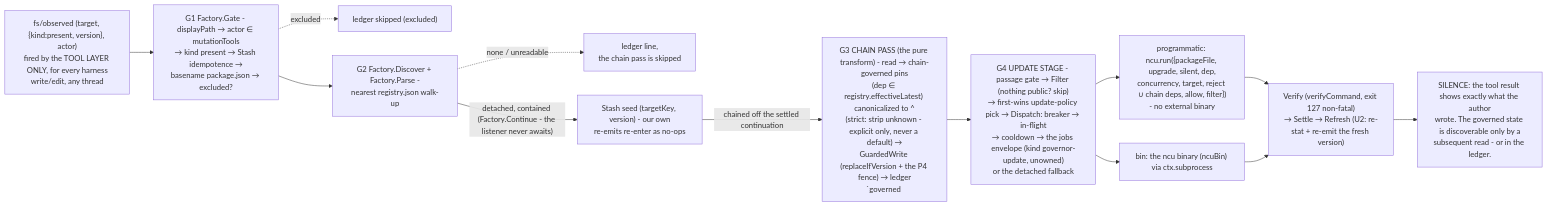
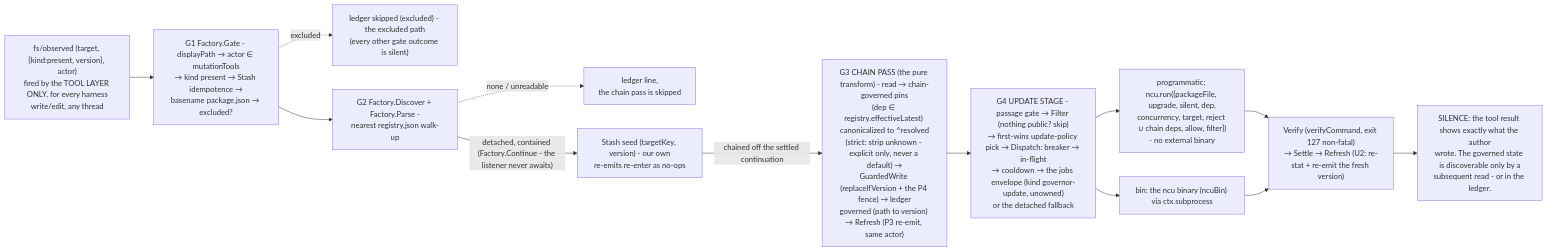
One commit to PlayForm/Site-DeepSeek changed the diagram in Source/Content/Mermaid/govpkg-pipeline.mmd. Above: the diagram before and after it, drawn with Mermaid. The commit also changed 35 other files, not shown here.

```diff
--- a/Source/Content/Mermaid/govpkg-pipeline.mmd
+++ b/Source/Content/Mermaid/govpkg-pipeline.mmd
@@ -1,25 +1,25 @@
 flowchart LR
 	TRIGGER["fs/observed (target, {kind:present, version}, actor)<br/>fired by the TOOL LAYER ONLY, for every harness<br/>write/edit, any thread"]
 	G1["G1 Factory.Gate - displayPath → actor ∈ mutationTools<br/>→ kind present → Stash idempotence →<br/>basename package.json → excluded?"]
-	SKIP["ledger skipped (excluded) <path><br/>(every other gate outcome is silent)"]
+	SKIP["ledger skipped (excluded) - the excluded path<br/>(every other gate outcome is silent)"]
 	G2["G2 Factory.Discover + Factory.Parse -<br/>nearest registry.json walk-up"]
 	SKIP2["ledger line,<br/>the chain pass is skipped"]
 	SEED["Stash seed (targetKey, version) - our own<br/>re-emits re-enter as no-ops"]
-	G3["G3 CHAIN PASS (the pure transform) - read → chain-governed pins<br/>(dep ∈ registry.effectiveLatest) canonicalized to ^<resolved><br/>(strict: strip unknown - explicit only, never a default) →<br/>GuardedWrite (replaceIfVersion + the P4 fence) → ledger<br/>`governed <path> → <version>` → Refresh (P3 re-emit, same actor)"]
+	G3["G3 CHAIN PASS (the pure transform) - read → chain-governed pins<br/>(dep ∈ registry.effectiveLatest) canonicalized to ^resolved<br/>(strict: strip unknown - explicit only, never a default) →<br/>GuardedWrite (replaceIfVersion + the P4 fence) → ledger<br/>governed (path to version) → Refresh (P3 re-emit, same actor)"]
 	G4["G4 UPDATE STAGE - passage gate → Filter (nothing public? skip)<br/>→ first-wins update-policy pick → Dispatch: breaker → in-flight<br/>→ cooldown → the jobs envelope (kind governor-update, unowned)<br/>or the detached fallback"]
 	PROG["programmatic: ncu.run({packageFile, upgrade, silent, dep,<br/>concurrency, target, reject ∪ chain deps, allow, filter})<br/>- no external binary"]
 	BIN["bin: the ncu binary (ncuBin) via ctx.subprocess"]
 	VERIFY["Verify (verifyCommand, exit 127 non-fatal)<br/>→ Settle → Refresh (U2: re-stat + re-emit the fresh version)"]
 	END["SILENCE: the tool result shows exactly what the author<br/>wrote. The governed state is discoverable only by a<br/>subsequent read - or in the ledger."]
 	TRIGGER --> G1
 	G1 -. "excluded" .-> SKIP
 	G1 --> G2
 	G2 -. "none / unreadable" .-> SKIP2
 	G2 -- "detached, contained (Factory.Continue - the listener never awaits)" --> SEED
 	SEED -- "chained off the settled continuation" --> G3
 	G3 --> G4
 	G4 --> PROG
 	G4 --> BIN
 	PROG --> VERIFY
 	BIN --> VERIFY
 	VERIFY --> END
```
